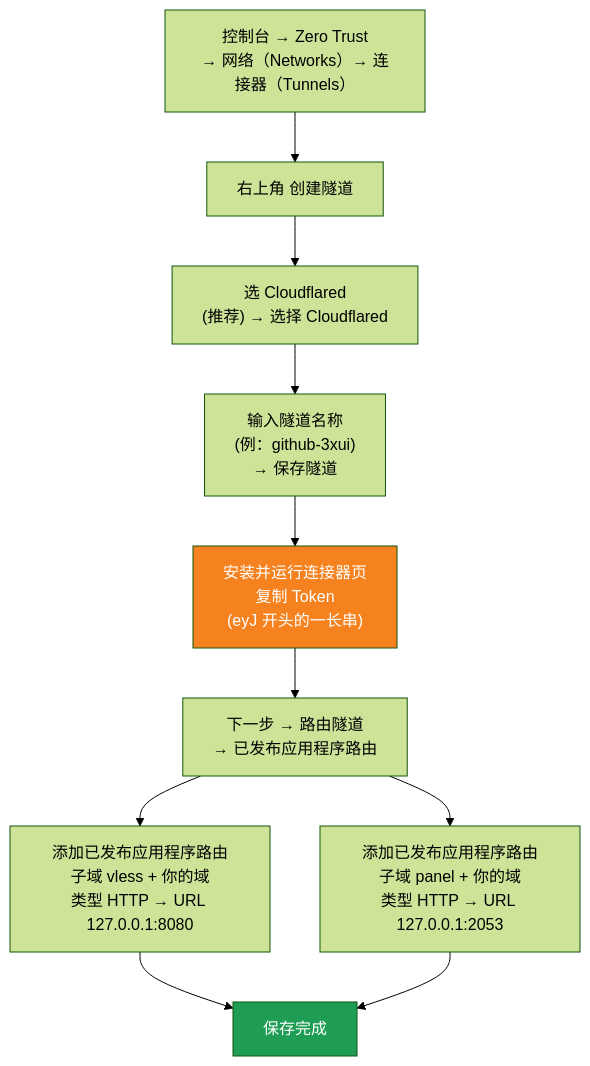
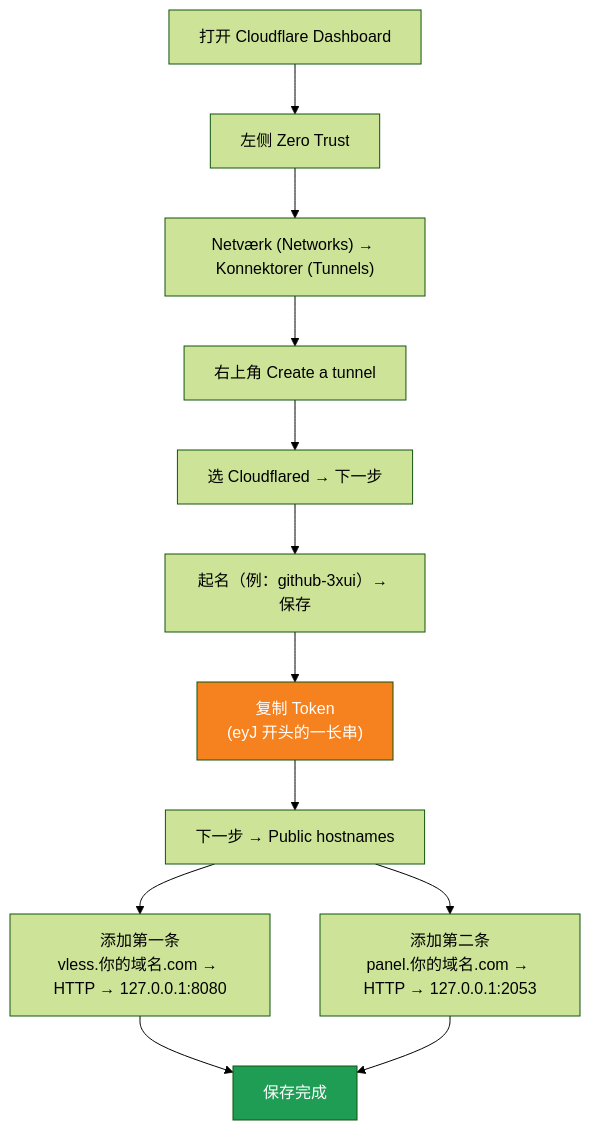
Before and after one commit to 1246437945/cloud-3xui: the third of 3 diagrams in README.da.md, drawn with Mermaid (forest theme). The commit also changed other lines of this file, not shown here.

````diff
--- a/README.da.md
+++ b/README.da.md
@@ -72,15 +68,17 @@
 ```mermaid
 flowchart TD
-    A["控制台 → Zero Trust<br/>→ 网络（Networks）→ 连接器（Tunnels）"] --> B["右上角 创建隧道"]
-    B --> C["选 Cloudflared<br/>(推荐) → 选择 Cloudflared"]
-    C --> D["输入隧道名称<br/>(例：github-3xui)<br/>→ 保存隧道"]
-    D --> E["安装并运行连接器页<br/>复制 Token<br/>(eyJ 开头的一长串)"]
-    E --> F["下一步 → 路由隧道<br/>→ 已发布应用程序路由"]
-    F --> G["添加已发布应用程序路由<br/>子域 vless + 你的域<br/>类型 HTTP → URL 127.0.0.1:8080"]
-    F --> H["添加已发布应用程序路由<br/>子域 panel + 你的域<br/>类型 HTTP → URL 127.0.0.1:2053"]
-    G --> I["保存完成"]
-    H --> I
+    A["打开 Cloudflare Dashboard"] --> B["左侧 Zero Trust"]
+    B --> C["Netværk (Networks) → Konnektorer (Tunnels)"]
+    C --> D["右上角 Create a tunnel"]
+    D --> E["选 Cloudflared → 下一步"]
+    E --> F["起名（例：github-3xui）→ 保存"]
+    F --> G["复制 Token<br/>(eyJ 开头的一长串)"]
+    G --> H["下一步 → Public hostnames"]
+    H --> I["添加第一条<br/>vless.你的域名.com → HTTP → 127.0.0.1:8080"]
+    H --> J["添加第二条<br/>panel.你的域名.com → HTTP → 127.0.0.1:2053"]
+    I --> K["保存完成"]
+    J --> K
 
-    style E fill:#f6821f,color:#fff
-    style I fill:#1f9d55,color:#fff
+    style G fill:#f6821f,color:#fff
+    style K fill:#1f9d55,color:#fff
 ```
````
